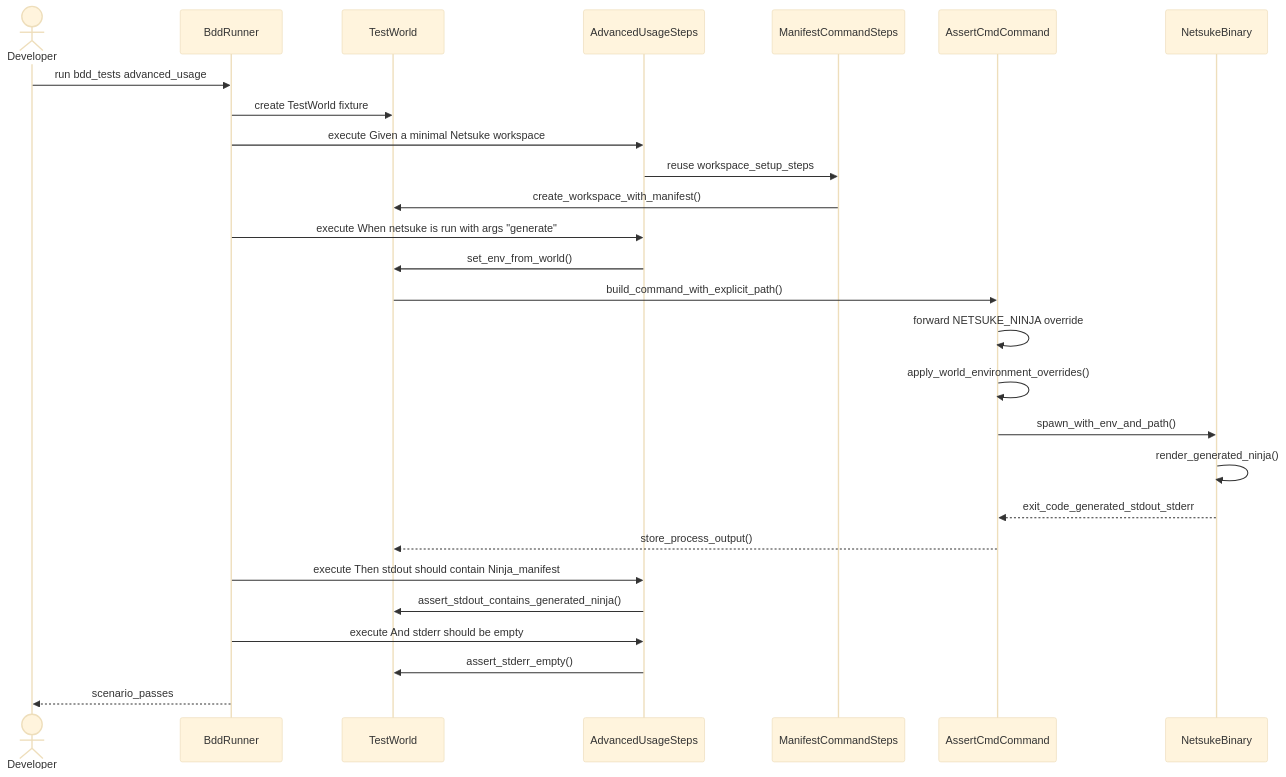
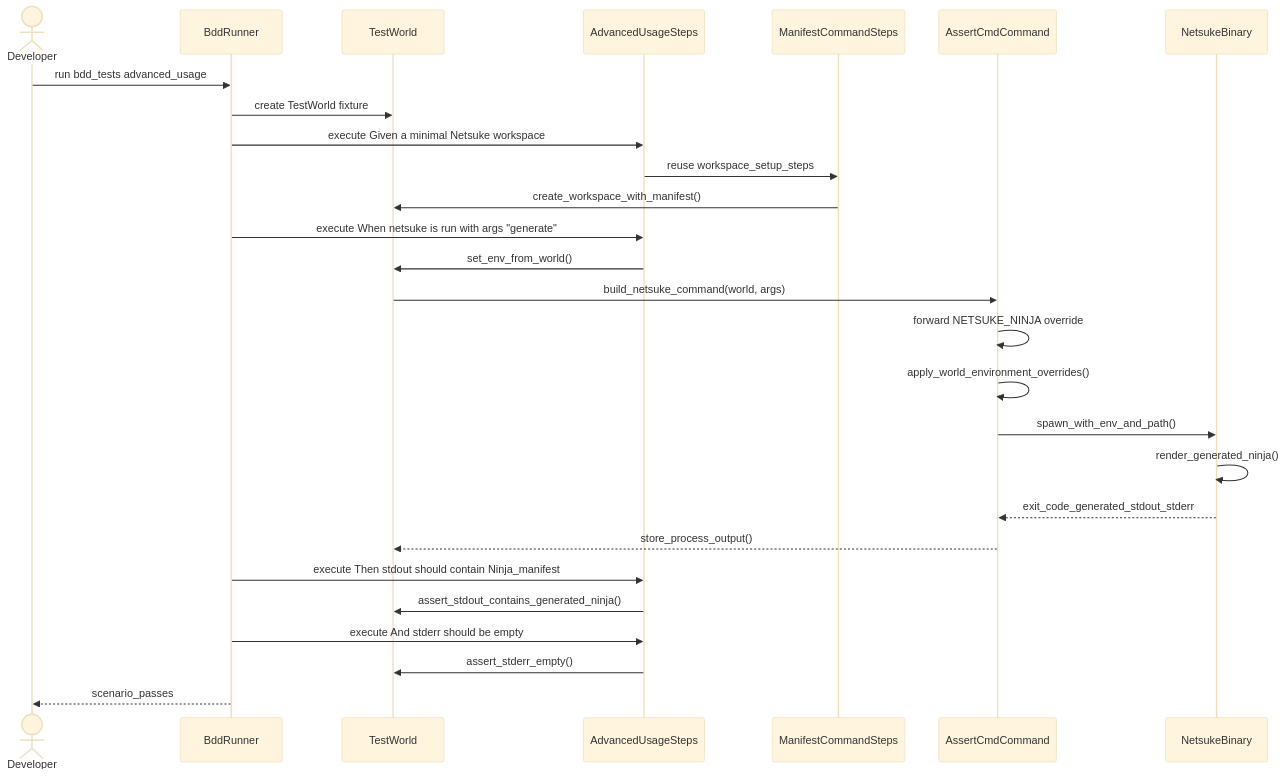
One commit to leynos/netsuke changed the diagram in docs/developers-guide.md. Above: the diagram before and after it, drawn with Mermaid (base theme). The commit also changed 13 other files, not shown here.

````diff
--- a/docs/developers-guide.md
+++ b/docs/developers-guide.md
@@ -1017,35 +1017,35 @@
 ```mermaid
 sequenceDiagram
     actor Developer
     participant BddRunner
     participant TestWorld
     participant AdvancedUsageSteps
     participant ManifestCommandSteps
     participant AssertCmdCommand
     participant NetsukeBinary
 
     Developer->>BddRunner: run bdd_tests advanced_usage
     BddRunner->>TestWorld: create TestWorld fixture
 
     BddRunner->>AdvancedUsageSteps: execute Given a minimal Netsuke workspace
     AdvancedUsageSteps->>ManifestCommandSteps: reuse workspace_setup_steps
     ManifestCommandSteps->>TestWorld: create_workspace_with_manifest()
 
     BddRunner->>AdvancedUsageSteps: execute When netsuke is run with args "generate"
     AdvancedUsageSteps->>TestWorld: set_env_from_world()
-    TestWorld->>AssertCmdCommand: build_command_with_explicit_path()
+    TestWorld->>AssertCmdCommand: build_netsuke_command(world, args)
     AssertCmdCommand->>AssertCmdCommand: forward NETSUKE_NINJA override
     AssertCmdCommand->>AssertCmdCommand: apply_world_environment_overrides()
     AssertCmdCommand->>NetsukeBinary: spawn_with_env_and_path()
     NetsukeBinary->>NetsukeBinary: render_generated_ninja()
     NetsukeBinary-->>AssertCmdCommand: exit_code_generated_stdout_stderr
     AssertCmdCommand-->>TestWorld: store_process_output()
 
     BddRunner->>AdvancedUsageSteps: execute Then stdout should contain Ninja_manifest
     AdvancedUsageSteps->>TestWorld: assert_stdout_contains_generated_ninja()
 
     BddRunner->>AdvancedUsageSteps: execute And stderr should be empty
     AdvancedUsageSteps->>TestWorld: assert_stderr_empty()
 
     BddRunner-->>Developer: scenario_passes
 ```
````
